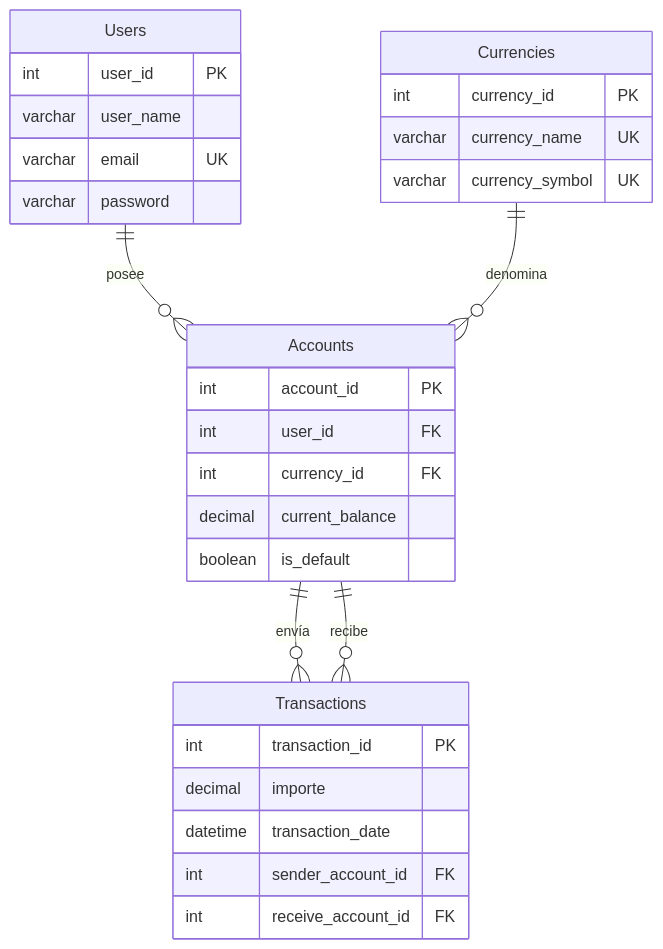
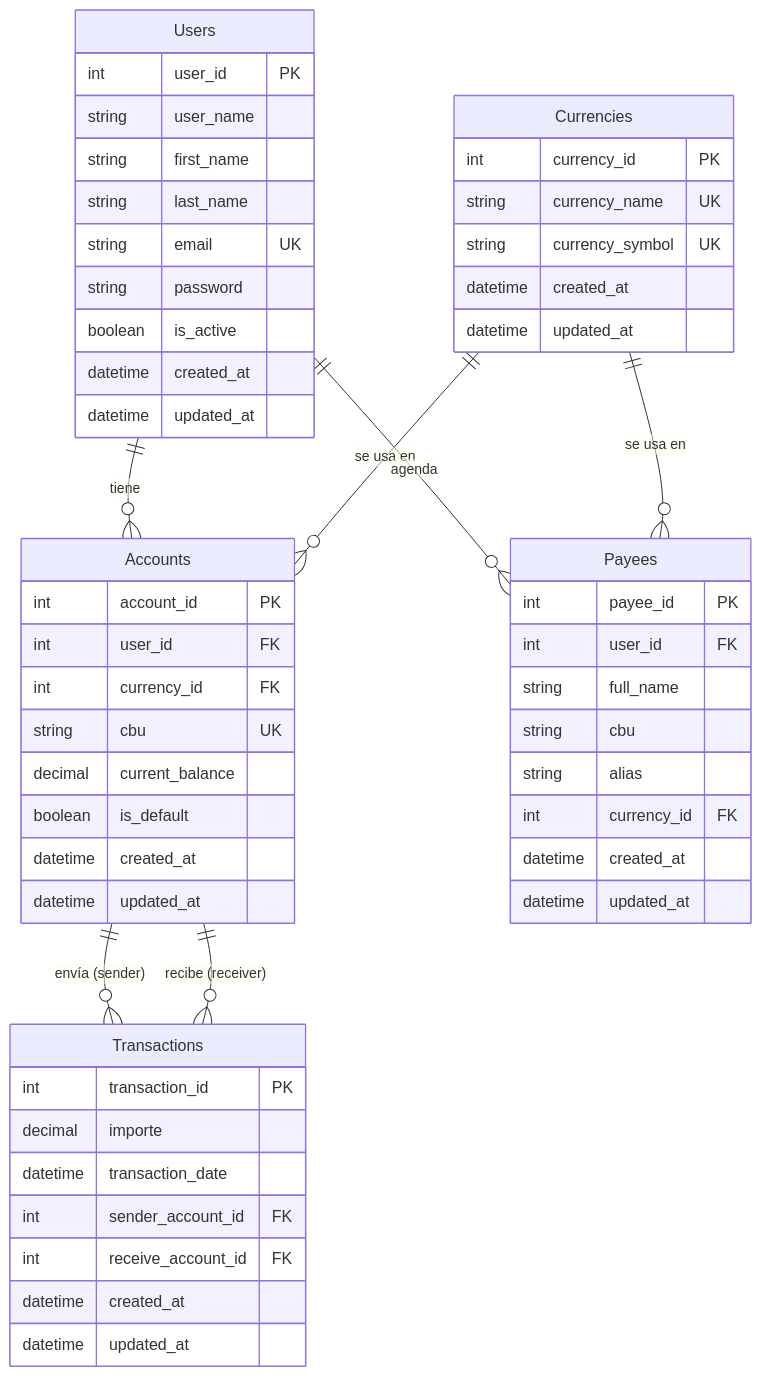
Before and after one commit to scarvallot/alke-wallet: the diagram in database/alke_wallet_db/diagrams/alke_wallet_er.md, drawn with Mermaid. The commit also changed 5 other files, not shown here.

First line of the commit message:
docs(readme):Se agregó documentación completa y diagramas ER para el proyecto Alke Wallet.

````diff
--- a/database/alke_wallet_db/diagrams/alke_wallet_er.md
+++ b/database/alke_wallet_db/diagrams/alke_wallet_er.md
@@ -1,36 +1,61 @@
 ```mermaid
 erDiagram
     Users {
         int user_id PK
-        varchar user_name
-        varchar email UK
-        varchar password
+        string user_name
+        string first_name
+        string last_name
+        string email UK
+        string password
+        boolean is_active
+        datetime created_at
+        datetime updated_at
     }
 
     Currencies {
         int currency_id PK
-        varchar currency_name UK
-        varchar currency_symbol UK
+        string currency_name UK
+        string currency_symbol UK
+        datetime created_at
+        datetime updated_at
     }
 
     Accounts {
         int account_id PK
         int user_id FK
         int currency_id FK
+        string cbu UK
         decimal current_balance
         boolean is_default
+        datetime created_at
+        datetime updated_at
     }
 
     Transactions {
         int transaction_id PK
         decimal importe
         datetime transaction_date
         int sender_account_id FK
         int receive_account_id FK
+        datetime created_at
+        datetime updated_at
     }
 
-    Users ||--o{ Accounts : "posee"
-    Currencies ||--o{ Accounts : "denomina"
-    Accounts ||--o{ Transactions : "envía"
-    Accounts ||--o{ Transactions : "recibe"
+    Payees {
+        int payee_id PK
+        int user_id FK
+        string full_name
+        string cbu
+        string alias
+        int currency_id FK
+        datetime created_at
+        datetime updated_at
+    }
+
+    Users ||--o{ Accounts : "tiene"
+    Currencies ||--o{ Accounts : "se usa en"
+    Accounts ||--o{ Transactions : "envía (sender)"
+    Accounts ||--o{ Transactions : "recibe (receiver)"
+    Users ||--o{ Payees : "agenda"
+    Currencies ||--o{ Payees : "se usa en"
 ```
````
